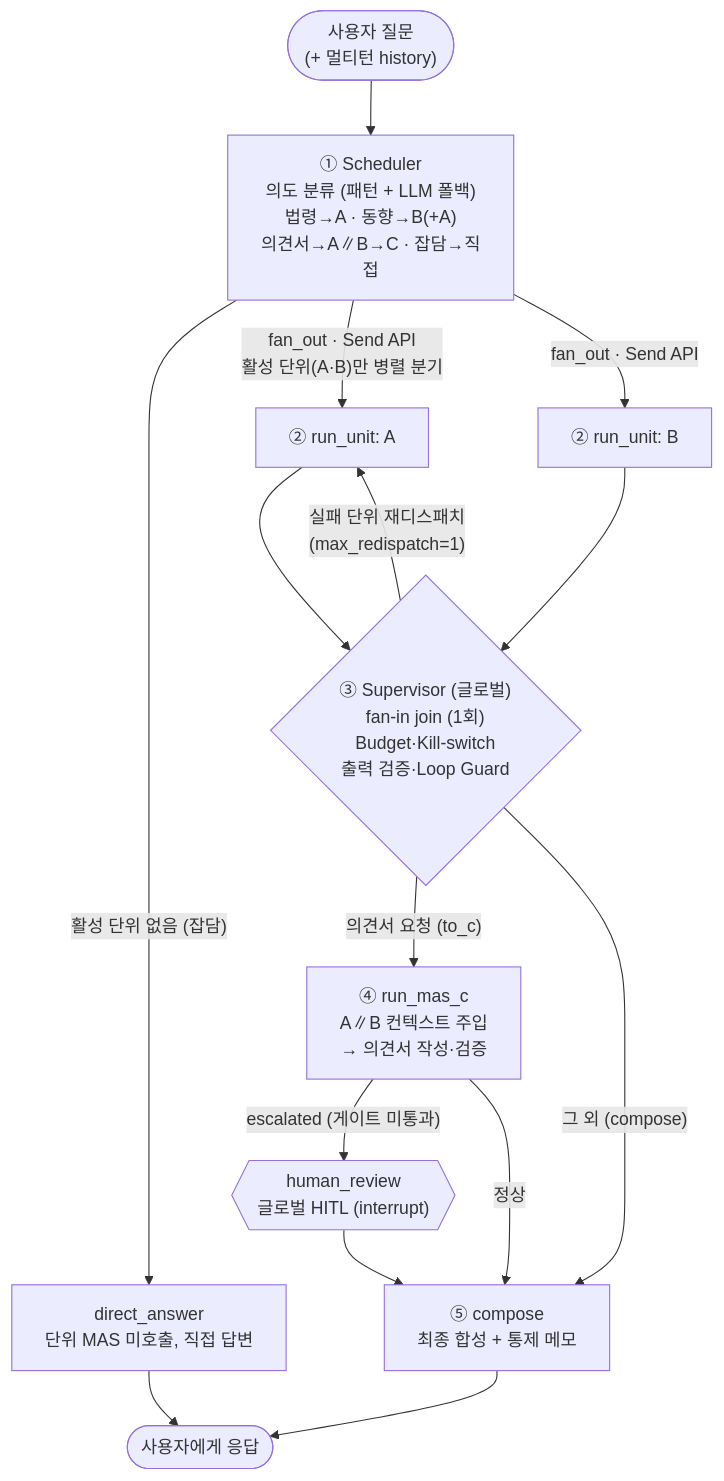
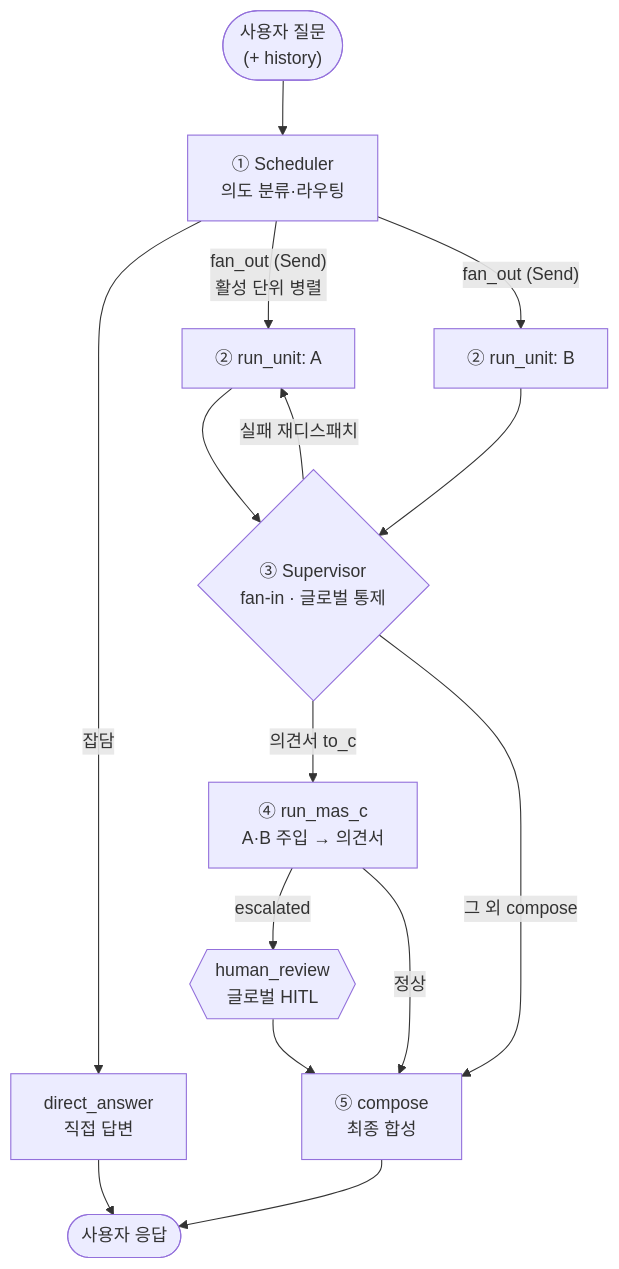
The first of 2 diagrams in hands-on/16.mas/patent-mas/orchestrator/README.md (cna-bootcamp/aistudy), drawn with Mermaid before and after one commit. The commit also changed other lines of this file and 6 other files, not shown here.

````diff
--- a/hands-on/16.mas/patent-mas/orchestrator/README.md
+++ b/hands-on/16.mas/patent-mas/orchestrator/README.md
@@ -25,18 +25,18 @@
 ```mermaid
 flowchart TD
-    U(["사용자 질문<br/>(+ 멀티턴 history)"]) --> SCH["① Scheduler<br/>의도 분류 (패턴 + LLM 폴백)<br/>법령→A · 동향→B(+A)<br/>의견서→A∥B→C · 잡담→직접"]
-    SCH -->|"활성 단위 없음 (잡담)"| DA["direct_answer<br/>단위 MAS 미호출, 직접 답변"]
-    SCH -->|"fan_out · Send API<br/>활성 단위(A·B)만 병렬 분기"| RUA["② run_unit: A"]
-    SCH -->|"fan_out · Send API"| RUB["② run_unit: B"]
+    U(["사용자 질문<br/>(+ history)"]) --> SCH["① Scheduler<br/>의도 분류·라우팅"]
+    SCH -->|"잡담"| DA["direct_answer<br/>직접 답변"]
+    SCH -->|"fan_out (Send)<br/>활성 단위 병렬"| RUA["② run_unit: A"]
+    SCH -->|"fan_out (Send)"| RUB["② run_unit: B"]
     RUA --> SUP
     RUB --> SUP
-    SUP{"③ Supervisor (글로벌)<br/>fan-in join (1회)<br/>Budget·Kill-switch<br/>출력 검증·Loop Guard"}
-    SUP -->|"실패 단위 재디스패치<br/>(max_redispatch=1)"| RUA
-    SUP -->|"의견서 요청 (to_c)"| RC["④ run_mas_c<br/>A∥B 컨텍스트 주입<br/>→ 의견서 작성·검증"]
-    SUP -->|"그 외 (compose)"| CMP["⑤ compose<br/>최종 합성 + 통제 메모"]
-    RC -->|"escalated (게이트 미통과)"| HR{{"human_review<br/>글로벌 HITL (interrupt)"}}
+    SUP{"③ Supervisor<br/>fan-in · 글로벌 통제"}
+    SUP -->|"실패 재디스패치"| RUA
+    SUP -->|"의견서 to_c"| RC["④ run_mas_c<br/>A·B 주입 → 의견서"]
+    SUP -->|"그 외 compose"| CMP["⑤ compose<br/>최종 합성"]
+    RC -->|"escalated"| HR{{"human_review<br/>글로벌 HITL"}}
     RC -->|"정상"| CMP
     HR --> CMP
-    DA --> ANS(["사용자에게 응답"])
+    DA --> ANS(["사용자 응답"])
     CMP --> ANS
 ```
````
